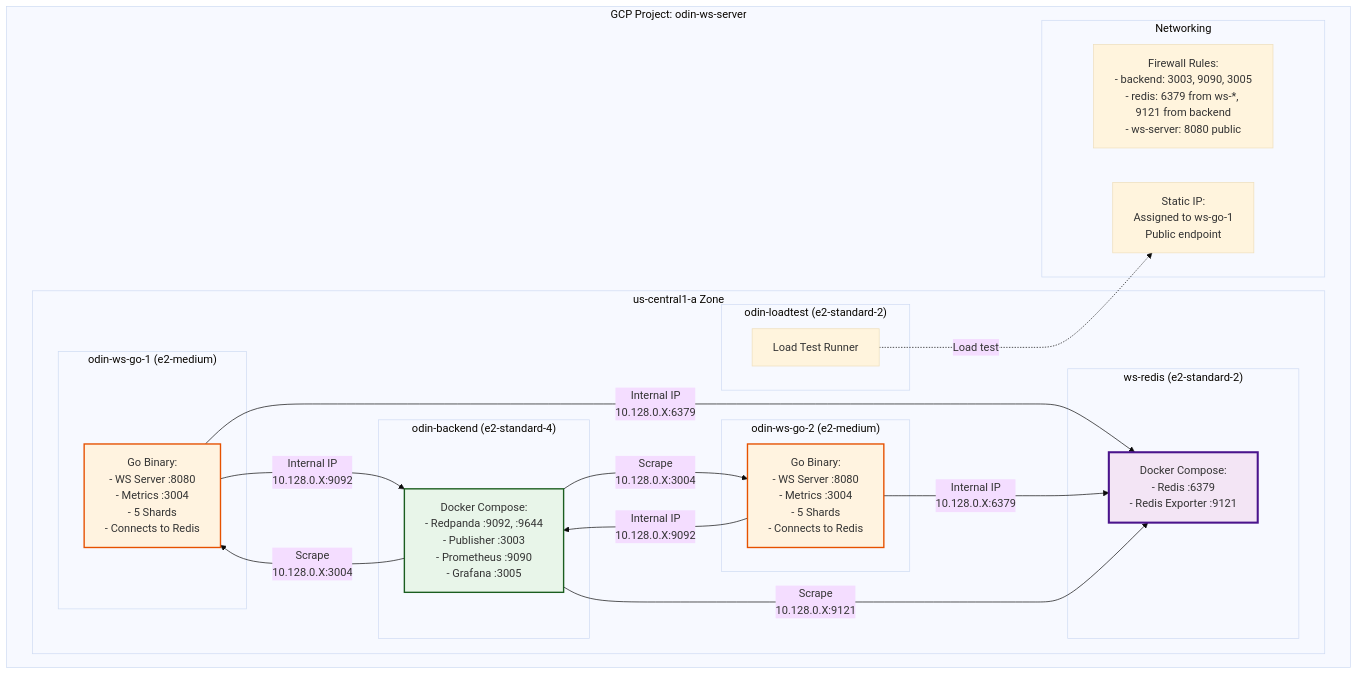
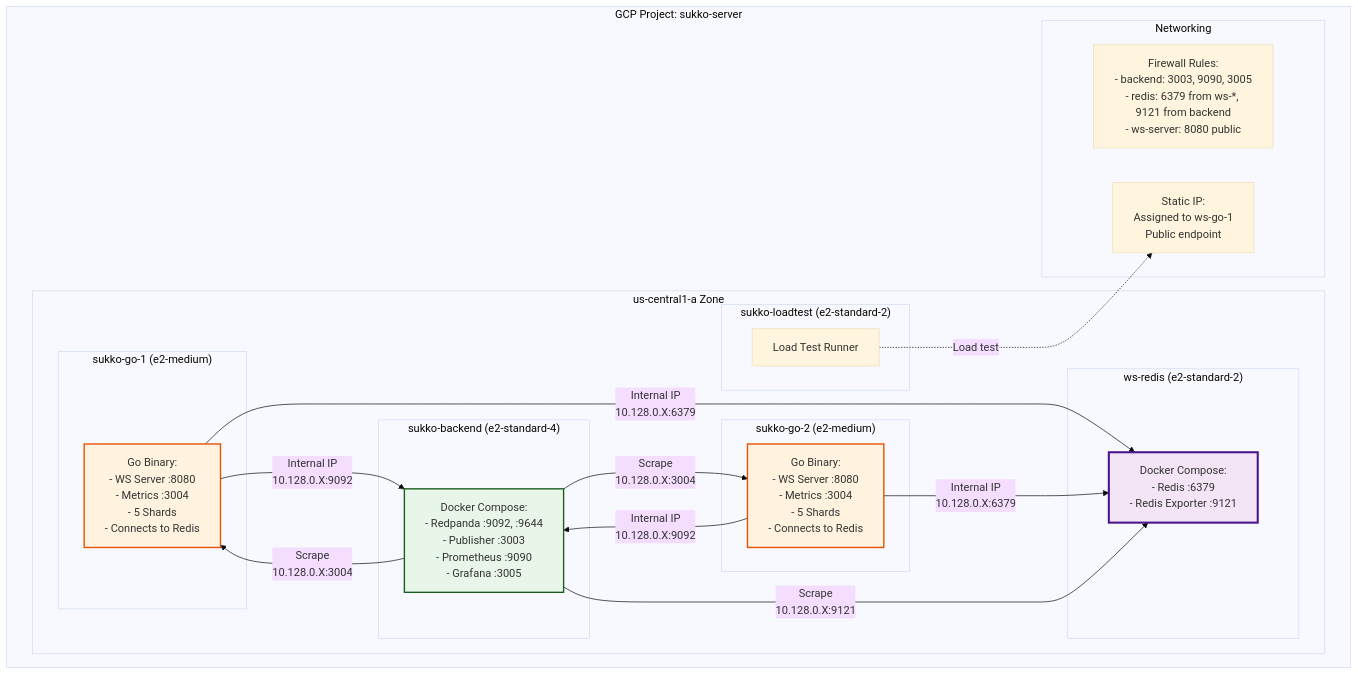
One commit to klurvio/sukko changed the fourth of 4 diagrams in docs/architecture/infrastructure-diagram.md. Above: the diagram before and after it, drawn with Mermaid (base theme). The commit also changed other lines of this file and 478 other files, not shown here.

First line of the commit message:
refactor[86afq3vzf]: rename project from Odin to Sukko

````diff
--- a/docs/architecture/infrastructure-diagram.md
+++ b/docs/architecture/infrastructure-diagram.md
@@ -227,48 +227,48 @@
 ```mermaid
 graph TB
-    subgraph "GCP Project: odin-ws-server"
+    subgraph "GCP Project: sukko-server"
         subgraph "us-central1-a Zone"
 
-            subgraph "odin-backend (e2-standard-4)"
+            subgraph "sukko-backend (e2-standard-4)"
                 BE1[Docker Compose:<br/>- Redpanda :9092, :9644<br/>- Publisher :3003<br/>- Prometheus :9090<br/>- Grafana :3005]
             end
 
             subgraph "ws-redis (e2-standard-2)"
                 RED1[Docker Compose:<br/>- Redis :6379<br/>- Redis Exporter :9121]
             end
 
-            subgraph "odin-ws-go-1 (e2-medium)"
+            subgraph "sukko-go-1 (e2-medium)"
                 WS1[Go Binary:<br/>- WS Server :8080<br/>- Metrics :3004<br/>- 5 Shards<br/>- Connects to Redis]
             end
 
-            subgraph "odin-ws-go-2 (e2-medium)"
+            subgraph "sukko-go-2 (e2-medium)"
                 WS2[Go Binary:<br/>- WS Server :8080<br/>- Metrics :3004<br/>- 5 Shards<br/>- Connects to Redis]
             end
 
-            subgraph "odin-loadtest (e2-standard-2)"
+            subgraph "sukko-loadtest (e2-standard-2)"
                 LT1[Load Test Runner]
             end
 
         end
 
         subgraph "Networking"
             FW1[Firewall Rules:<br/>- backend: 3003, 9090, 3005<br/>- redis: 6379 from ws-*, 9121 from backend<br/>- ws-server: 8080 public]
             IP1[Static IP:<br/>Assigned to ws-go-1<br/>Public endpoint]
         end
 
     end
 
     WS1 -->|Internal IP<br/>10.128.0.X:6379| RED1
     WS2 -->|Internal IP<br/>10.128.0.X:6379| RED1
     WS1 -->|Internal IP<br/>10.128.0.X:9092| BE1
     WS2 -->|Internal IP<br/>10.128.0.X:9092| BE1
     BE1 -->|Scrape<br/>10.128.0.X:3004| WS1
     BE1 -->|Scrape<br/>10.128.0.X:3004| WS2
     BE1 -->|Scrape<br/>10.128.0.X:9121| RED1
     LT1 -.->|Load test| IP1
 
     style RED1 fill:#f3e5f5,stroke:#4a148c,stroke-width:3px
     style BE1 fill:#e8f5e9,stroke:#1b5e20,stroke-width:2px
     style WS1 fill:#fff3e0,stroke:#e65100,stroke-width:2px
     style WS2 fill:#fff3e0,stroke:#e65100,stroke-width:2px
 ```
````
